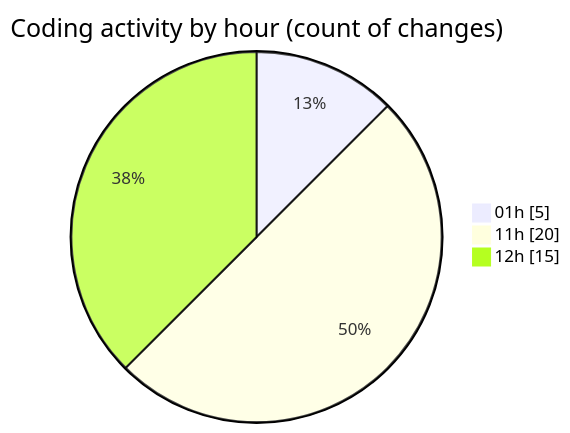
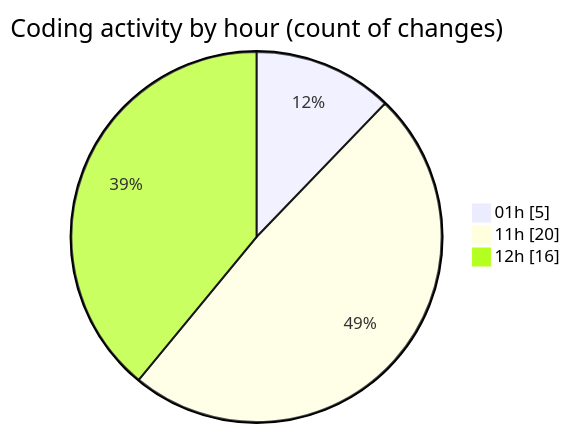
The second of 2 diagrams in 2025-04-26/echo/README.md (Netris89/code-tracking), drawn with Mermaid before and after one commit. The commit also changed other lines of this file and 1 other file, not shown here.

````diff
--- a/2025-04-26/echo/README.md
+++ b/2025-04-26/echo/README.md
@@ -31,7 +33,7 @@
 ```mermaid
 pie showData
 title Coding activity by hour (count of changes)
 "01h" : 5
 "11h" : 20
-"12h" : 15
+"12h" : 16
 ```
````
